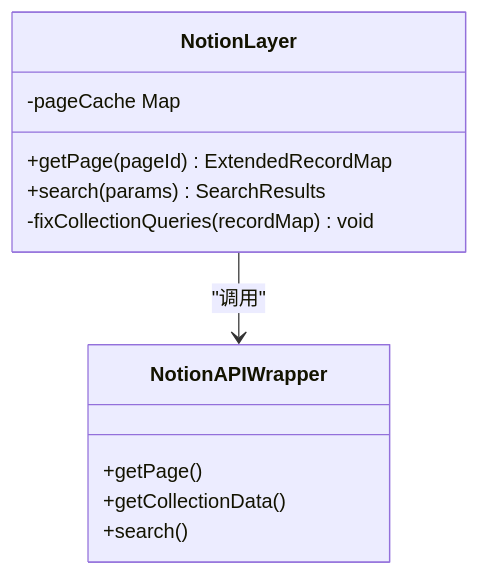
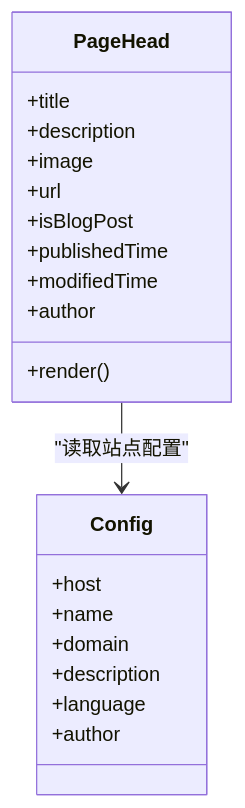
The fourth of 7 diagrams in .qoder/repowiki/zh/content/项目概述.md (PhysicalMouse/nextjs-notion-starter-kit), drawn with Mermaid before and after one commit. The commit also changed other lines of this file and 186 other files, not shown here.

````diff
--- a/.qoder/repowiki/zh/content/项目概述.md
+++ b/.qoder/repowiki/zh/content/项目概述.md
@@ -162,15 +177,23 @@
 ```mermaid
 classDiagram
-class NotionLayer {
-+getPage(pageId) ExtendedRecordMap
-+search(params) SearchResults
--pageCache Map
--fixCollectionQueries(recordMap) void
+class PageHead {
++title
++description
++image
++url
++isBlogPost
++publishedTime
++modifiedTime
++author
++render()
 }
-class NotionAPIWrapper {
-+getPage()
-+getCollectionData()
-+search()
+class Config {
++host
++name
++domain
++description
++language
++author
 }
-NotionLayer --> NotionAPIWrapper : "调用"
+PageHead --> Config : "读取站点配置"
 ```
````
